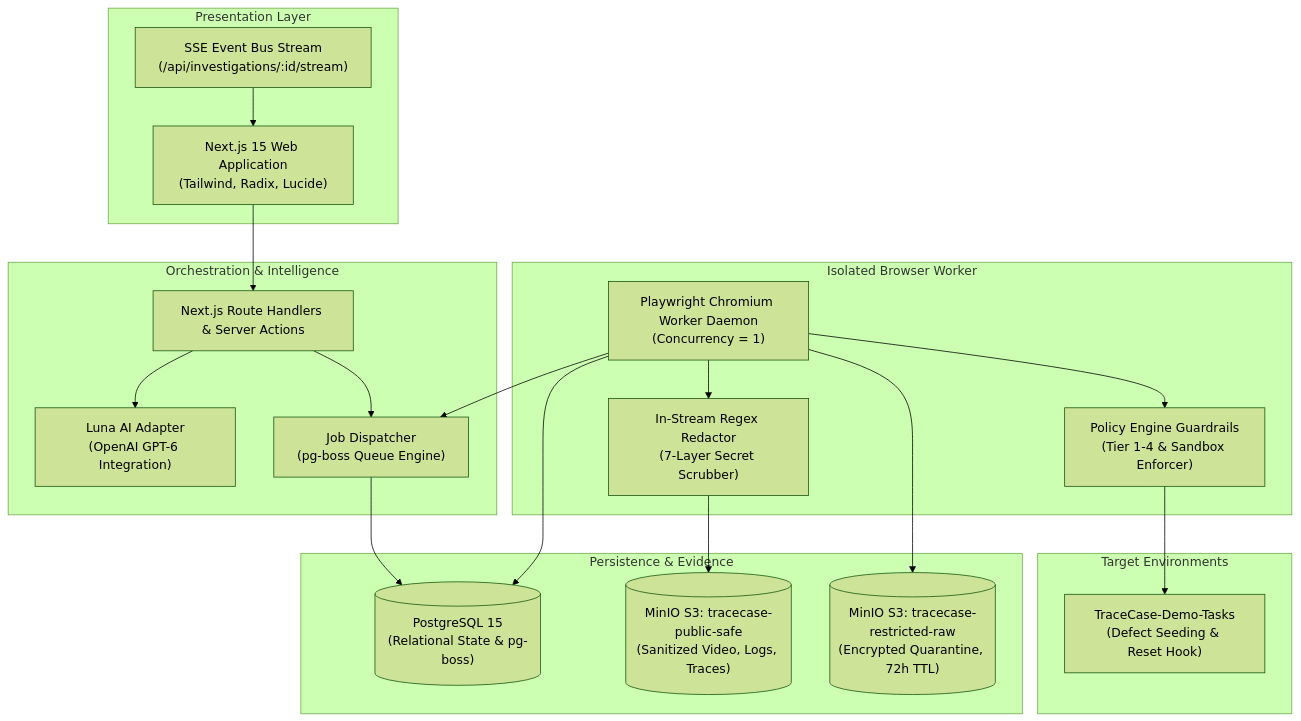
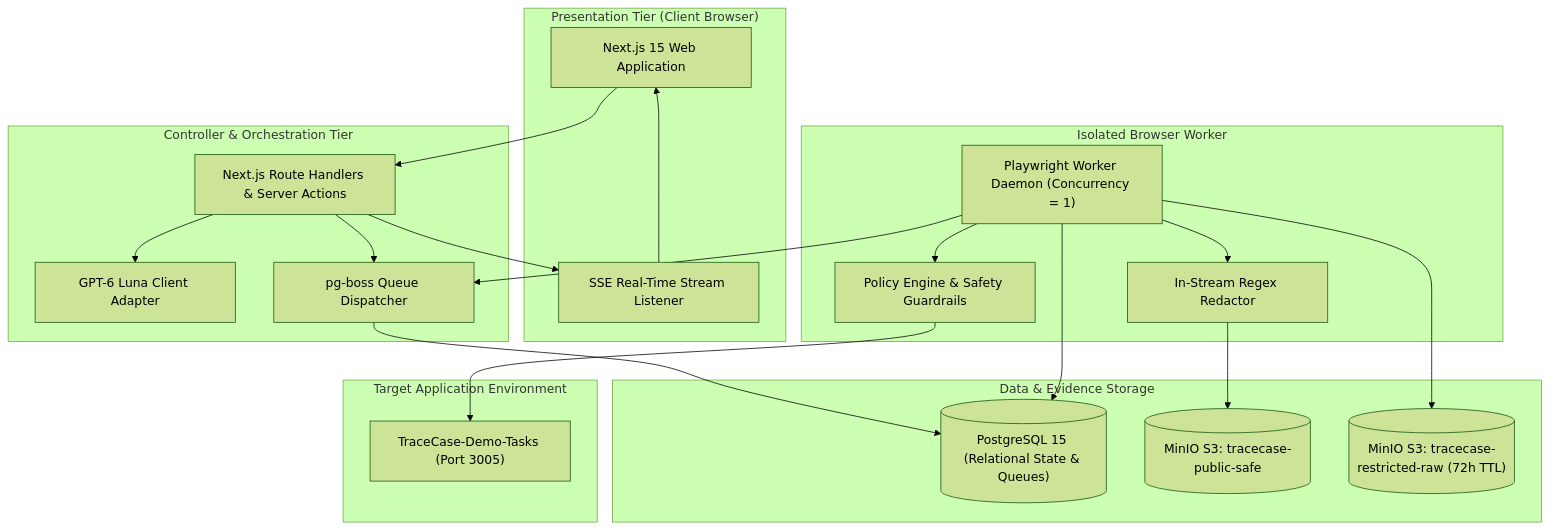
The first of 3 diagrams in README.md (sharancode3/TraceCase), drawn with Mermaid (forest theme) before and after one commit. The commit also changed other lines of this file, not shown here.

````diff
--- a/README.md
+++ b/README.md
@@ -75,42 +130,43 @@
 ```mermaid
 flowchart TD
-    subgraph Client["Presentation Layer"]
-        UI["Next.js 15 Web Application<br/>(Tailwind, Radix, Lucide)"]
-        SSE["SSE Event Bus Stream<br/>(/api/investigations/:id/stream)"]
+    subgraph PresentationTier["Presentation Tier (Client Browser)"]
+        UI["Next.js 15 Web Application"]
+        SSEListener["SSE Real-Time Stream Listener"]
     end
 
-    subgraph Controller["Orchestration & Intelligence"]
-        API["Next.js Route Handlers & Server Actions"]
-        Luna["Luna AI Adapter<br/>(OpenAI GPT-6 Integration)"]
-        Queue["Job Dispatcher<br/>(pg-boss Queue Engine)"]
+    subgraph ControllerTier["Controller & Orchestration Tier"]
+        APIServer["Next.js Route Handlers & Server Actions"]
+        LunaAdapter["GPT-6 Luna Client Adapter"]
+        BossQueue["pg-boss Queue Dispatcher"]
     end
 
-    subgraph Execution["Isolated Browser Worker"]
-        Worker["Playwright Chromium Worker Daemon<br/>(Concurrency = 1)"]
-        Policy["Policy Engine Guardrails<br/>(Tier 1-4 & Sandbox Enforcer)"]
-        Redactor["In-Stream Regex Redactor<br/>(7-Layer Secret Scrubber)"]
+    subgraph ExecutionTier["Isolated Browser Worker"]
+        WorkerDaemon["Playwright Worker Daemon (Concurrency = 1)"]
+        PolicyEngine["Policy Engine & Safety Guardrails"]
+        RegexScrubber["In-Stream Regex Redactor"]
     end
 
-    subgraph Targets["Target Environments"]
-        Demo["TraceCase-Demo-Tasks<br/>(Defect Seeding & Reset Hook)"]
+    subgraph PersistenceTier["Data & Evidence Storage"]
+        PostgresDB[("PostgreSQL 15 (Relational State & Queues)")]
+        PublicS3[("MinIO S3: tracecase-public-safe")]
+        RestrictedS3[("MinIO S3: tracecase-restricted-raw (72h TTL)")]
     end
 
-    subgraph Storage["Persistence & Evidence"]
-        Postgres[("PostgreSQL 15<br/>(Relational State & pg-boss)")]
-        S3Public[("MinIO S3: tracecase-public-safe<br/>(Sanitized Video, Logs, Traces)")]
-        S3Raw[("MinIO S3: tracecase-restricted-raw<br/>(Encrypted Quarantine, 72h TTL)")]
+    subgraph TargetTier["Target Application Environment"]
+        DemoTarget["TraceCase-Demo-Tasks (Port 3005)"]
     end
 
-    UI --> API
-    API --> Luna
-    API --> Queue
-    Queue --> Postgres
-    Worker --> Queue
-    Worker --> Policy
-    Policy --> Demo
-    Worker --> Redactor
-    Redactor --> S3Public
-    Worker --> S3Raw
-    Worker --> Postgres
-    SSE --> UI
+    UI --> APIServer
+    APIServer --> LunaAdapter
+    APIServer --> BossQueue
+    BossQueue --> PostgresDB
+    WorkerDaemon --> BossQueue
+    WorkerDaemon --> PolicyEngine
+    PolicyEngine --> DemoTarget
+    WorkerDaemon --> RegexScrubber
+    RegexScrubber --> PublicS3
+    WorkerDaemon --> RestrictedS3
+    WorkerDaemon --> PostgresDB
+    APIServer --> SSEListener
+    SSEListener --> UI
 ```
````
